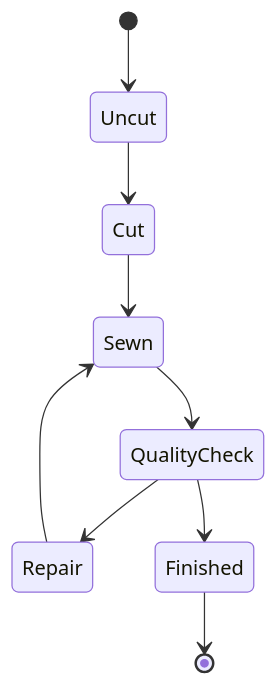
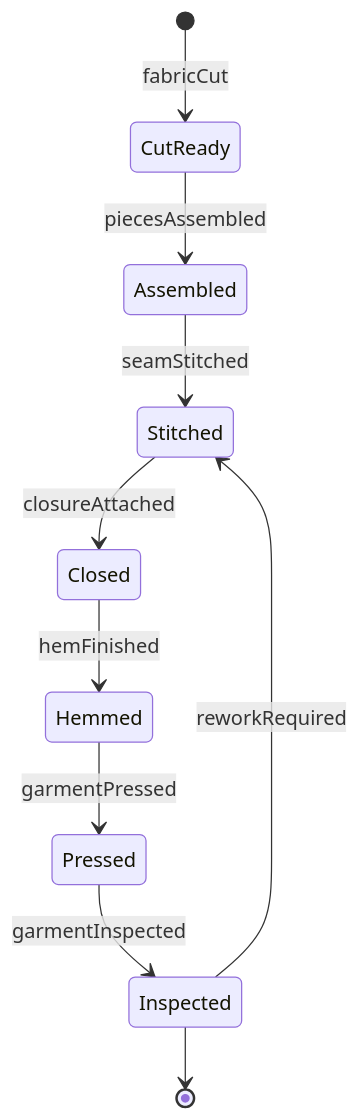
Before and after one commit to dot-org-ai/tasks.org.ai: the second of 4 diagrams in HandlingAndMovingObjects/SewGarmentsOrMaterials/SewClothingArticles.mdx, drawn with Mermaid. The commit also changed other lines of this file and 515 other files, not shown here.

````diff
--- a/HandlingAndMovingObjects/SewGarmentsOrMaterials/SewClothingArticles.mdx
+++ b/HandlingAndMovingObjects/SewGarmentsOrMaterials/SewClothingArticles.mdx
@@ -99,11 +99,12 @@
 ```mermaid
 stateDiagram-v2
-    [*] --> Uncut
-    Uncut --> Cut
-    Cut --> Sewn
-    Sewn --> QualityCheck
-    QualityCheck --> Repair
-    Repair --> Sewn
-    QualityCheck --> Finished
-    Finished --> [*]
+    [*] --> CutReady : fabricCut
+    CutReady --> Assembled : piecesAssembled
+    Assembled --> Stitched : seamStitched
+    Stitched --> Closed : closureAttached
+    Closed --> Hemmed : hemFinished
+    Hemmed --> Pressed : garmentPressed
+    Pressed --> Inspected : garmentInspected
+    Inspected --> Stitched : reworkRequired
+    Inspected --> [*]
 ```
````
